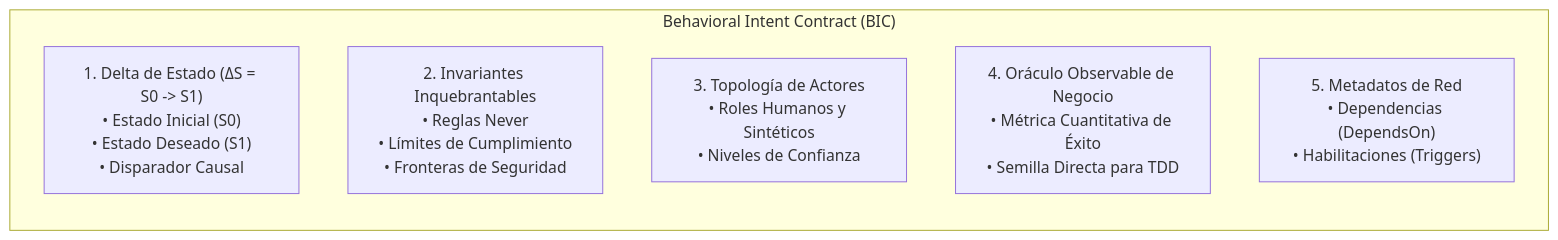
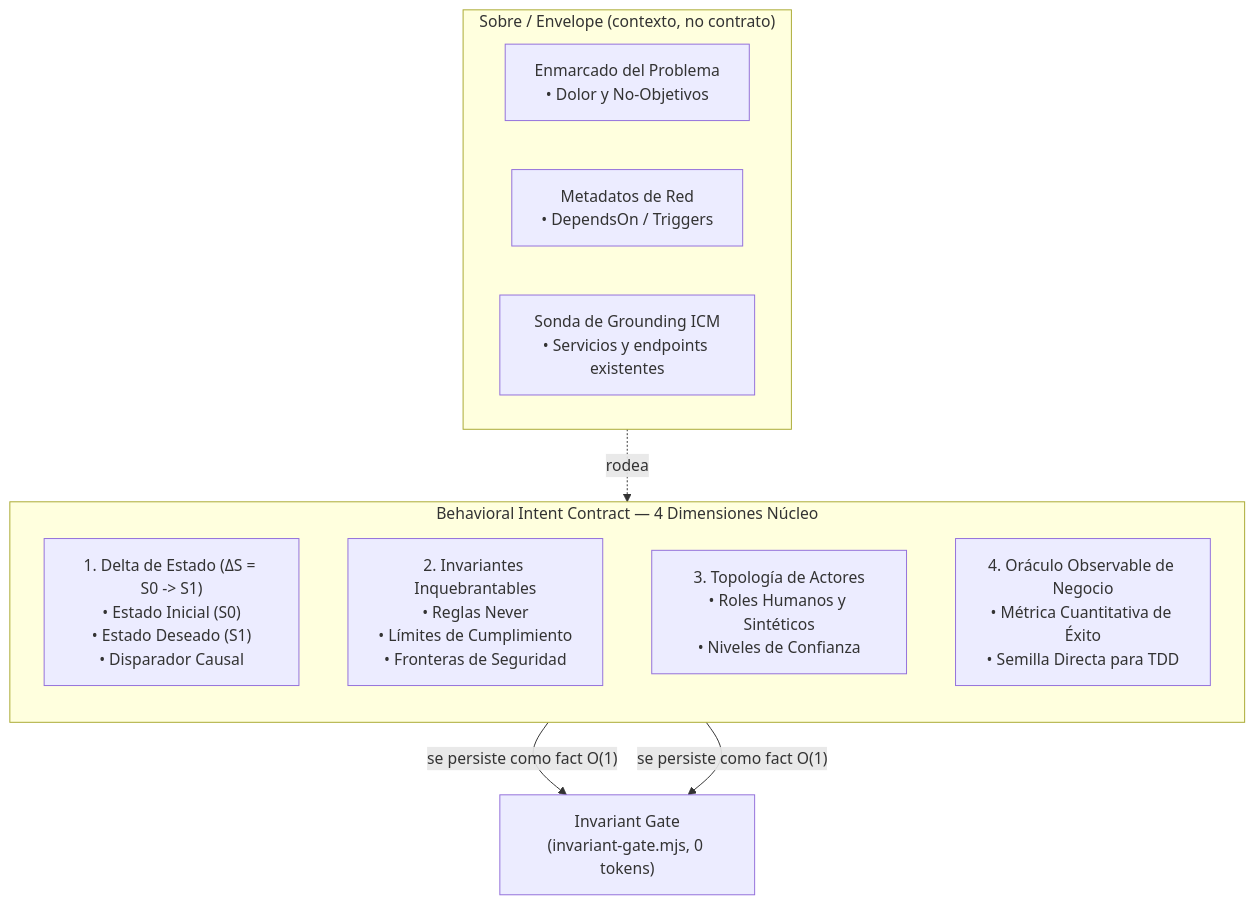
The third of 7 diagrams in docs/internal/architecture/BEHAVIORAL_INTENT_CONTRACTS_PARADIGM.md (Manu-Arrieta/AOI), drawn with Mermaid before and after one commit. The commit also changed other lines of this file and 5 other files, not shown here.

````diff
--- a/docs/internal/architecture/BEHAVIORAL_INTENT_CONTRACTS_PARADIGM.md
+++ b/docs/internal/architecture/BEHAVIORAL_INTENT_CONTRACTS_PARADIGM.md
@@ -112,11 +115,20 @@
 ```mermaid
 flowchart TD
-    subgraph BIC["Behavioral Intent Contract (BIC)"]
+    subgraph ENV["Sobre / Envelope (contexto, no contrato)"]
+        E1["Enmarcado del Problema<br/>• Dolor y No-Objetivos"]
+        E2["Metadatos de Red<br/>• DependsOn / Triggers"]
+        E3["Sonda de Grounding ICM<br/>• Servicios y endpoints existentes"]
+    end
+
+    subgraph BIC["Behavioral Intent Contract — 4 Dimensiones Núcleo"]
         direction TB
         D1["1. Delta de Estado (ΔS = S0 -> S1)<br/>• Estado Inicial (S0)<br/>• Estado Deseado (S1)<br/>• Disparador Causal"]
         D2["2. Invariantes Inquebrantables<br/>• Reglas Never<br/>• Límites de Cumplimiento<br/>• Fronteras de Seguridad"]
         D3["3. Topología de Actores<br/>• Roles Humanos y Sintéticos<br/>• Niveles de Confianza"]
         D4["4. Oráculo Observable de Negocio<br/>• Métrica Cuantitativa de Éxito<br/>• Semilla Directa para TDD"]
-        D5["5. Metadatos de Red<br/>• Dependencias (DependsOn)<br/>• Habilitaciones (Triggers)"]
     end
+
+    ENV -.->|"rodea"| BIC
+    D2 -->|"se persiste como fact O(1)"| GATE["Invariant Gate<br/>(invariant-gate.mjs, 0 tokens)"]
+    D4 -->|"se persiste como fact O(1)"| GATE
 ```
````
